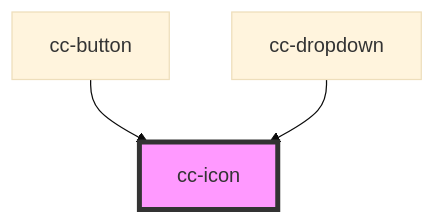
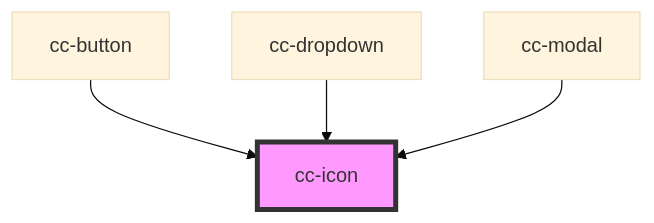
Before and after one commit to lacafetalab/cafeta-components: the diagram in packages/core/src/components/cc-icon/readme.md, drawn with Mermaid (base theme). The commit also changed other lines of this file and 9 other files, not shown here.

````diff
--- a/packages/core/src/components/cc-icon/readme.md
+++ b/packages/core/src/components/cc-icon/readme.md
@@ -24,6 +25,7 @@
 ```mermaid
 graph TD;
   cc-button --> cc-icon
   cc-dropdown --> cc-icon
+  cc-modal --> cc-icon
   style cc-icon fill:#f9f,stroke:#333,stroke-width:4px
 ```
````
